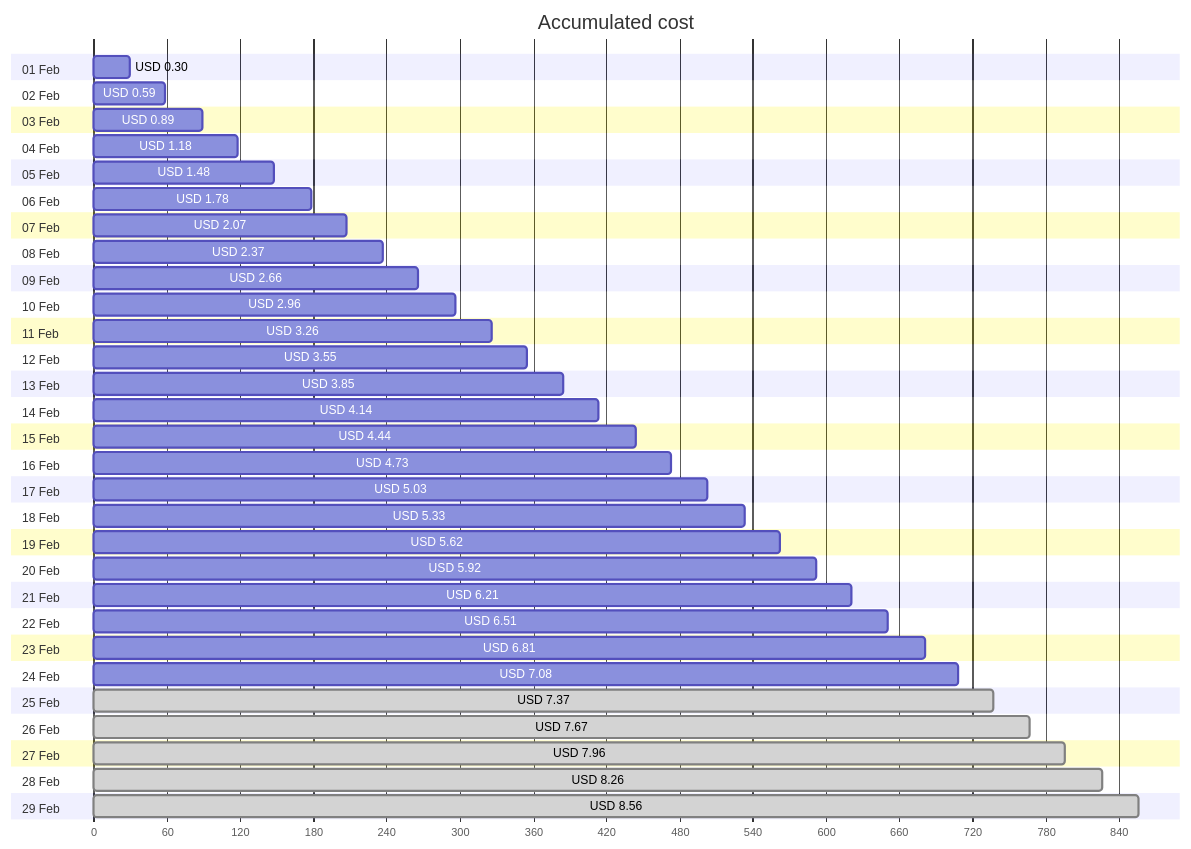
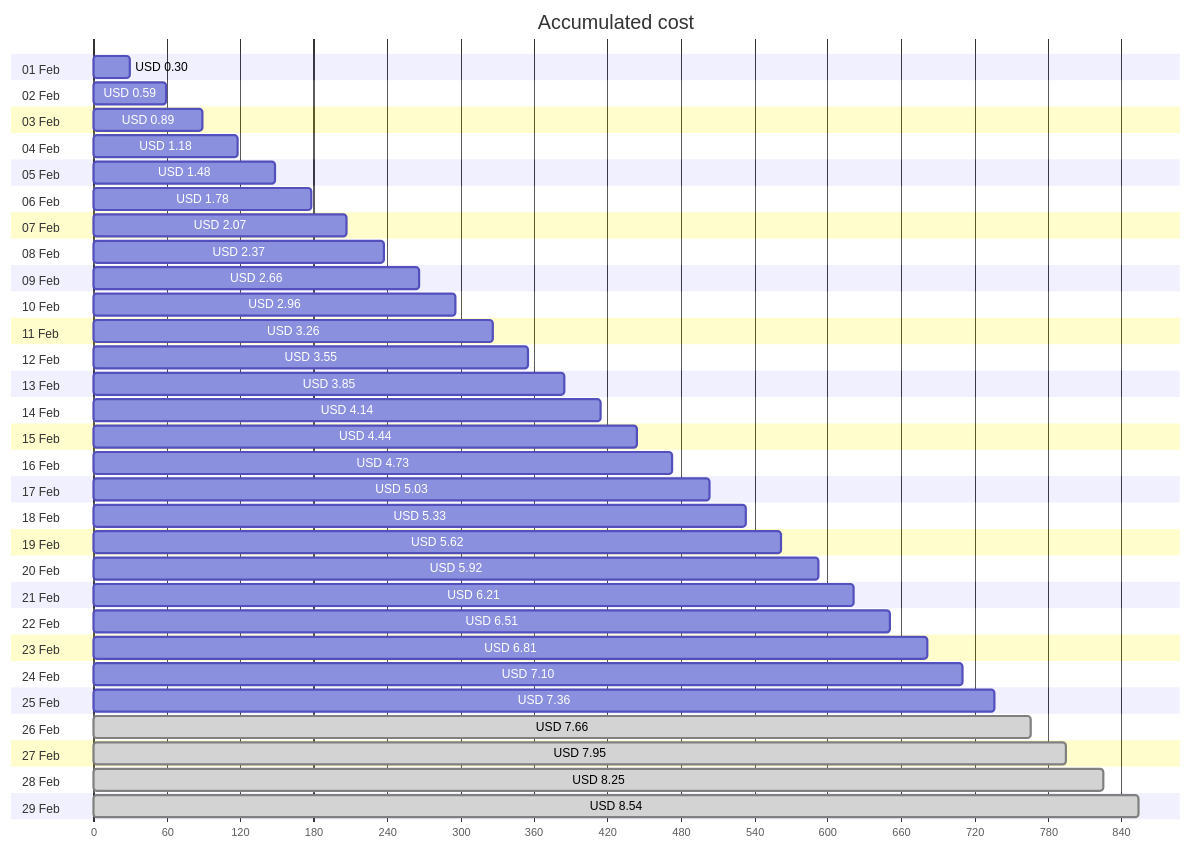
Before and after one commit to jpfulton/azure-personal-reports: the first of 4 diagrams in cost-reports/personal-site/personal-site-preview.md, drawn with Mermaid. The commit also changed other lines of this file and 6 other files, not shown here.

````diff
--- a/cost-reports/personal-site/personal-site-preview.md
+++ b/cost-reports/personal-site/personal-site-preview.md
@@ -20,64 +20,64 @@
 ```mermaid
 gantt
    title Accumulated cost
    dateFormat  X
    axisFormat %s
    section 01 Feb
    USD 0.30 :0, 30
    section 02 Feb
    USD 0.59 :0, 59
    section 03 Feb
    USD 0.89 :0, 89
    section 04 Feb
    USD 1.18 :0, 118
    section 05 Feb
    USD 1.48 :0, 148
    section 06 Feb
    USD 1.78 :0, 178
    section 07 Feb
    USD 2.07 :0, 207
    section 08 Feb
    USD 2.37 :0, 237
    section 09 Feb
    USD 2.66 :0, 266
    section 10 Feb
    USD 2.96 :0, 296
    section 11 Feb
    USD 3.26 :0, 326
    section 12 Feb
    USD 3.55 :0, 355
    section 13 Feb
    USD 3.85 :0, 385
    section 14 Feb
    USD 4.14 :0, 414
    section 15 Feb
    USD 4.44 :0, 444
    section 16 Feb
    USD 4.73 :0, 473
    section 17 Feb
    USD 5.03 :0, 503
    section 18 Feb
    USD 5.33 :0, 533
    section 19 Feb
    USD 5.62 :0, 562
    section 20 Feb
    USD 5.92 :0, 592
    section 21 Feb
    USD 6.21 :0, 621
    section 22 Feb
    USD 6.51 :0, 651
    section 23 Feb
    USD 6.81 :0, 681
    section 24 Feb
-   USD 7.08 :0, 708
+   USD 7.10 :0, 710
    section 25 Feb
-   USD 7.37 : done, 0, 737
+   USD 7.36 :0, 736
    section 26 Feb
-   USD 7.67 : done, 0, 767
+   USD 7.66 : done, 0, 766
    section 27 Feb
-   USD 7.96 : done, 0, 796
+   USD 7.95 : done, 0, 795
    section 28 Feb
-   USD 8.26 : done, 0, 826
+   USD 8.25 : done, 0, 825
    section 29 Feb
-   USD 8.56 : done, 0, 856
+   USD 8.54 : done, 0, 854
 ```
````
